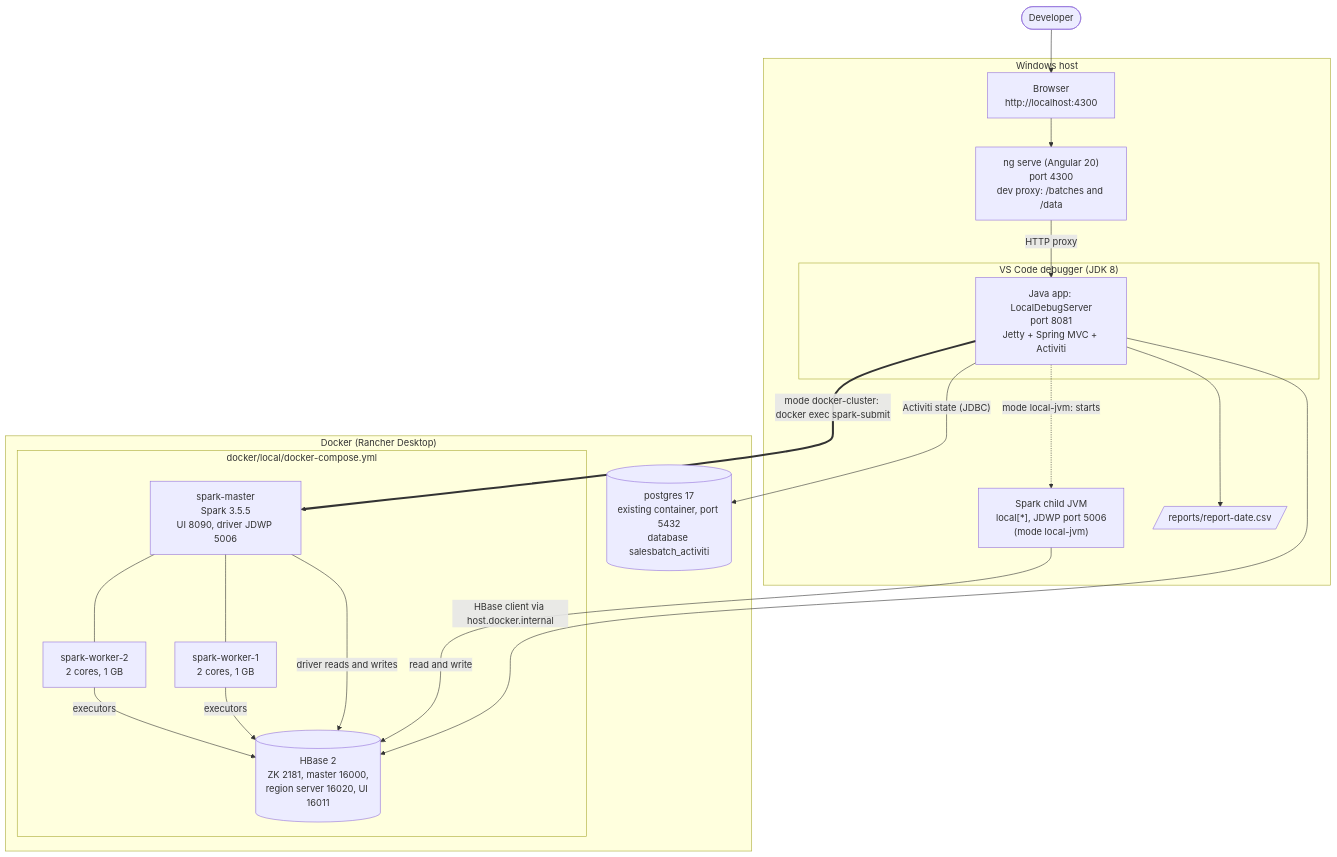
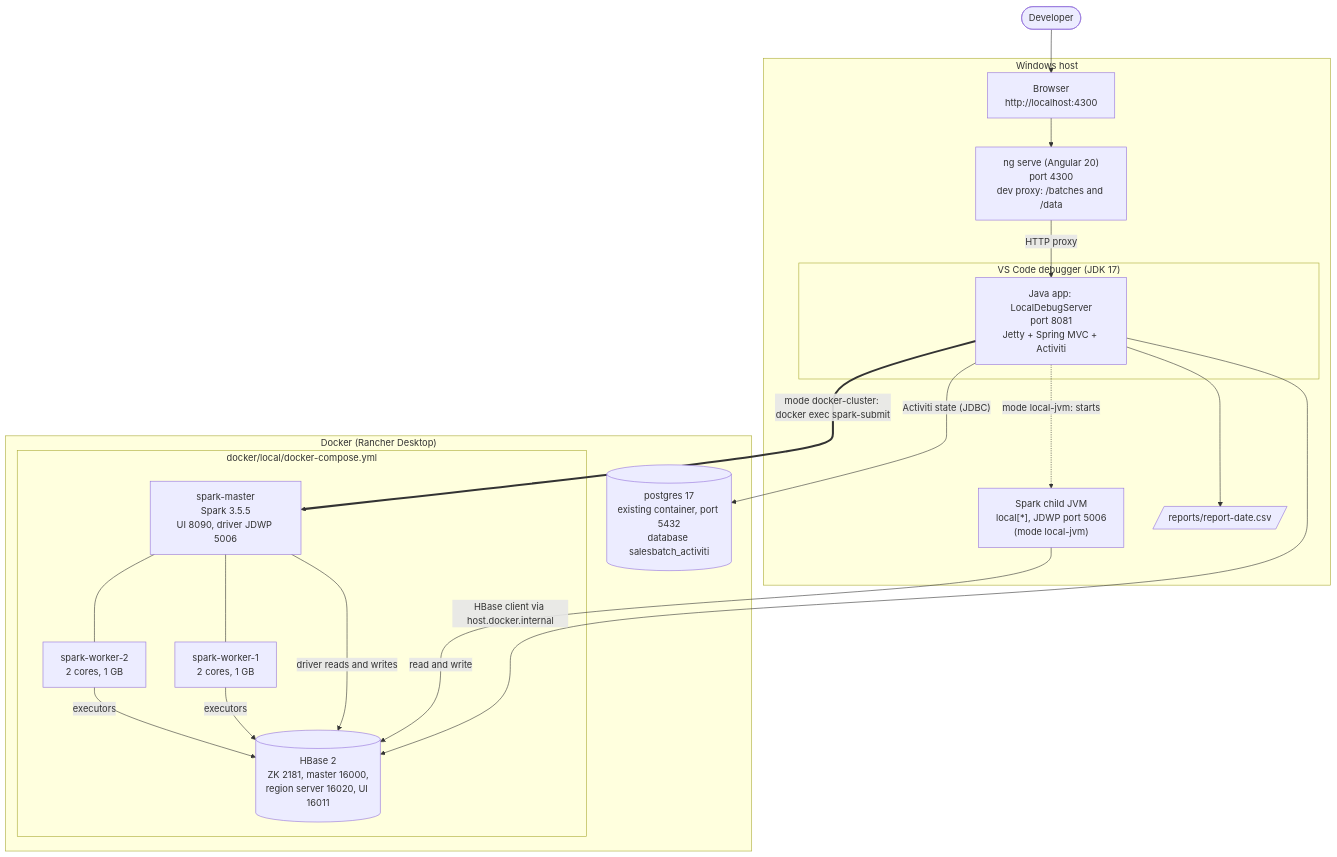
One commit to ankursingh119/javapoc1.8 changed the first of 10 diagrams in latest-ARCHITECTURE.md. Above: the diagram before and after it, drawn with Mermaid. The commit also changed other lines of this file and 9 other files, not shown here.

````diff
--- a/latest-ARCHITECTURE.md
+++ b/latest-ARCHITECTURE.md
@@ -34,38 +34,38 @@
 ```mermaid
 flowchart TB
     USER(["Developer"])
 
     subgraph HOST["Windows host"]
         BROWSER["Browser<br/>http://localhost:4300"]
         NG["ng serve (Angular 20)<br/>port 4300<br/>dev proxy: /batches and /data"]
-        subgraph VSC["VS Code debugger (JDK 8)"]
+        subgraph VSC["VS Code debugger (JDK 17)"]
             APP["Java app: LocalDebugServer<br/>port 8081<br/>Jetty + Spring MVC + Activiti"]
         end
         CHILD["Spark child JVM<br/>local[*], JDWP port 5006<br/>(mode local-jvm)"]
         REPORTS[/"reports/report-date.csv"/]
     end
 
     subgraph DOCKER["Docker (Rancher Desktop)"]
         subgraph STACK["docker/local/docker-compose.yml"]
             HB[("HBase 2<br/>ZK 2181, master 16000,<br/>region server 16020, UI 16011")]
             SM["spark-master<br/>Spark 3.5.5<br/>UI 8090, driver JDWP 5006"]
             SW1["spark-worker-1<br/>2 cores, 1 GB"]
             SW2["spark-worker-2<br/>2 cores, 1 GB"]
         end
         PG[("postgres 17<br/>existing container, port 5432<br/>database salesbatch_activiti")]
     end
 
     USER --> BROWSER --> NG
     NG -->|"HTTP proxy"| APP
     APP -->|"HBase client via host.docker.internal"| HB
     APP -->|"Activiti state (JDBC)"| PG
     APP -.->|"mode local-jvm: starts"| CHILD
     APP ==>|"mode docker-cluster: docker exec spark-submit"| SM
     SM --- SW1
     SM --- SW2
     CHILD -->|"read and write"| HB
     SM -->|"driver reads and writes"| HB
     SW1 -->|"executors"| HB
     SW2 -->|"executors"| HB
     APP --> REPORTS
 ```
````
